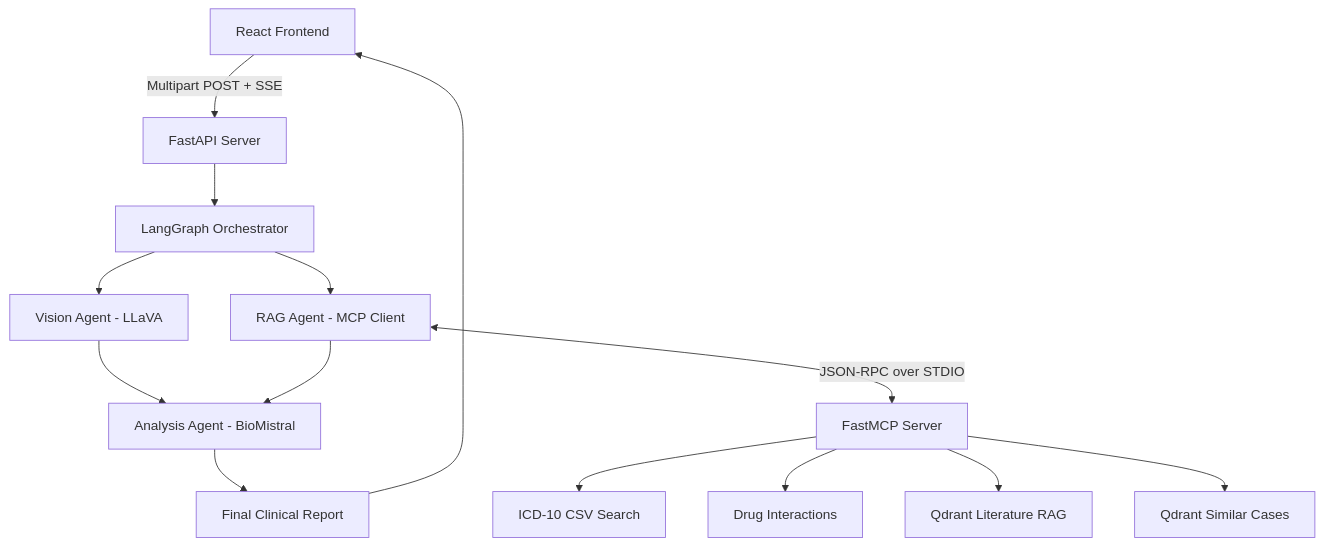
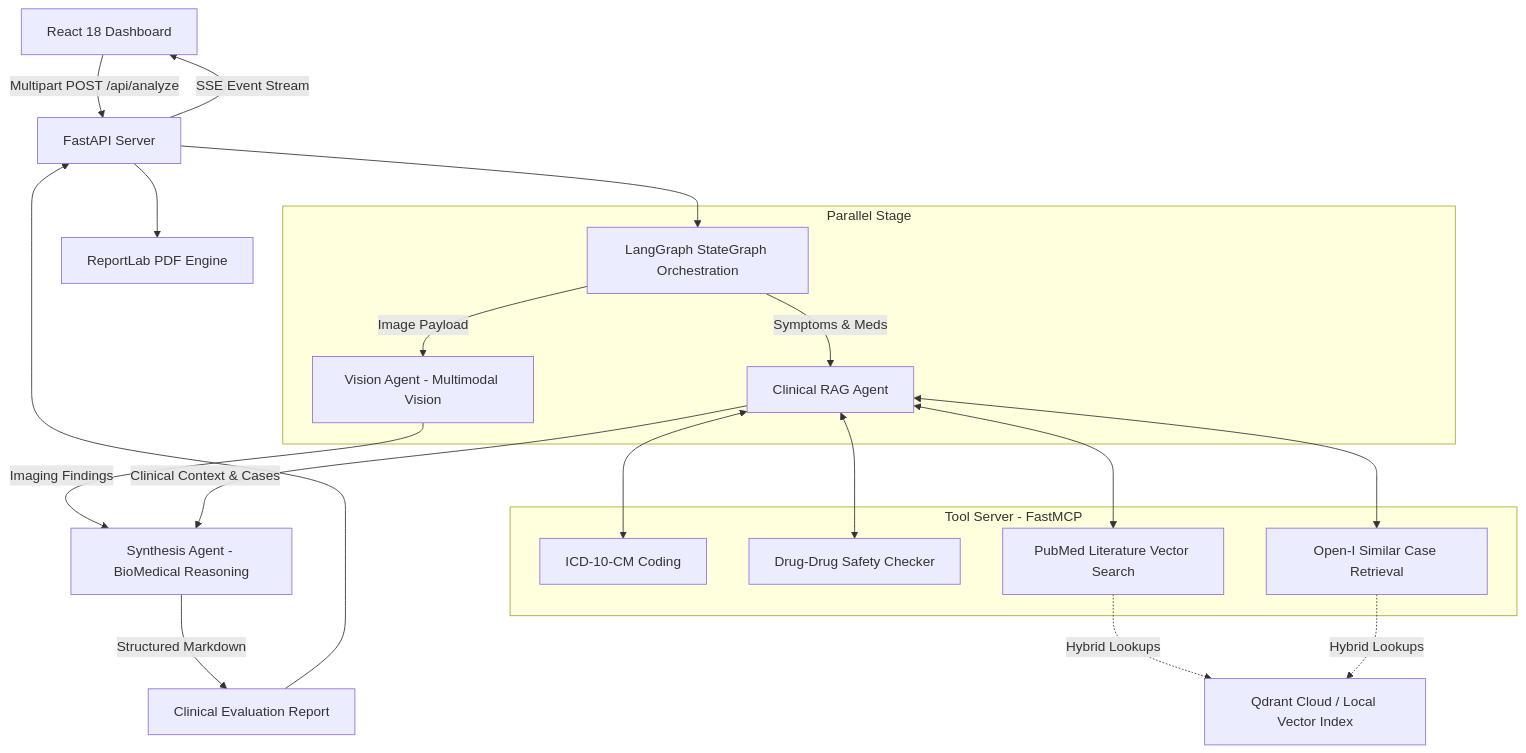
Before and after one commit to Zeyad-elsawi/Medbot: the diagram in README.md, drawn with Mermaid. The commit also changed other lines of this file and 20 other files, not shown here.

Commit message:
feat: complete multimodal clinical copilot with LangGraph multi-agent orchestration, FastMCP tools, resilient RAG, and UI demo showcase

````diff
--- a/README.md
+++ b/README.md
@@ -33,21 +81,28 @@
 ```mermaid
 graph TD
-    UI[React Frontend] -->|Multipart POST + SSE| API[FastAPI Server]
-    API --> Graph[LangGraph Orchestrator]
+    UI[React 18 Dashboard] -->|Multipart POST /api/analyze| API[FastAPI Server]
+    API -->|SSE Event Stream| UI
     
-    Graph --> Vision[Vision Agent - LLaVA]
-    Graph --> RAG[RAG Agent - MCP Client]
+    API --> Graph[LangGraph StateGraph Orchestration]
     
-    RAG <-->|JSON-RPC over STDIO| MCPServer[FastMCP Server]
+    subgraph Parallel Stage
+        Graph -->|Image Payload| Vision[Vision Agent - Multimodal Vision]
+        Graph -->|Symptoms & Meds| RAG[Clinical RAG Agent]
+    end
     
-    MCPServer --> Tool1[ICD-10 CSV Search]
-    MCPServer --> Tool2[Drug Interactions]
-    MCPServer --> Tool3[Qdrant Literature RAG]
-    MCPServer --> Tool4[Qdrant Similar Cases]
+    subgraph Tool Server - FastMCP
+        RAG <--> Tool1[ICD-10-CM Coding]
+        RAG <--> Tool2[Drug-Drug Safety Checker]
+        RAG <--> Tool3[PubMed Literature Vector Search]
+        RAG <--> Tool4[Open-I Similar Case Retrieval]
+    end
     
-    Vision --> Synthesis[Analysis Agent - BioMistral]
-    RAG --> Synthesis
+    Tool3 & Tool4 -.->|Hybrid Lookups| Qdrant[Qdrant Cloud / Local Vector Index]
     
-    Synthesis --> Report[Final Clinical Report]
-    Report --> UI
+    Vision -->|Imaging Findings| Synthesis[Synthesis Agent - BioMedical Reasoning]
+    RAG -->|Clinical Context & Cases| Synthesis
+    
+    Synthesis -->|Structured Markdown| Report[Clinical Evaluation Report]
+    Report --> API
+    API --> PDF[ReportLab PDF Engine]
 ```
````
